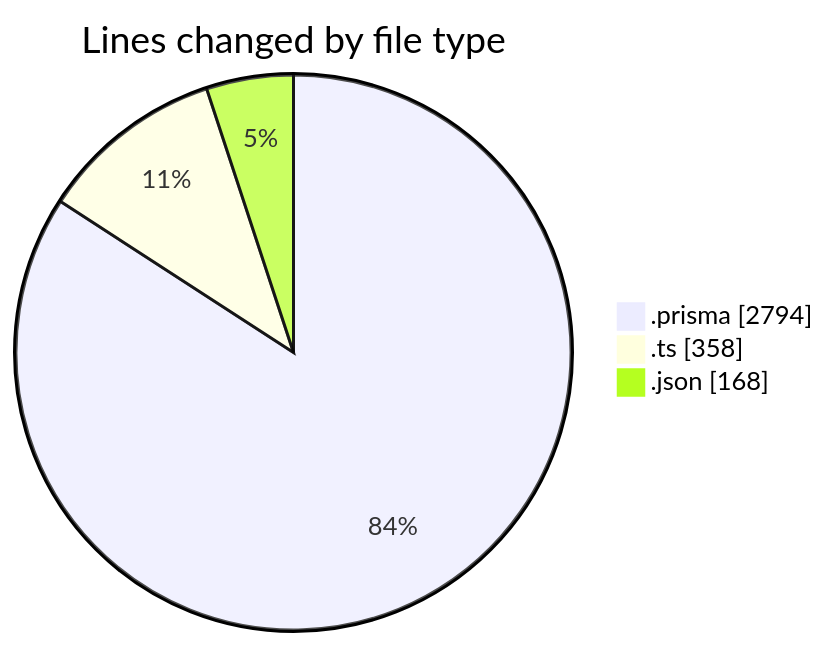
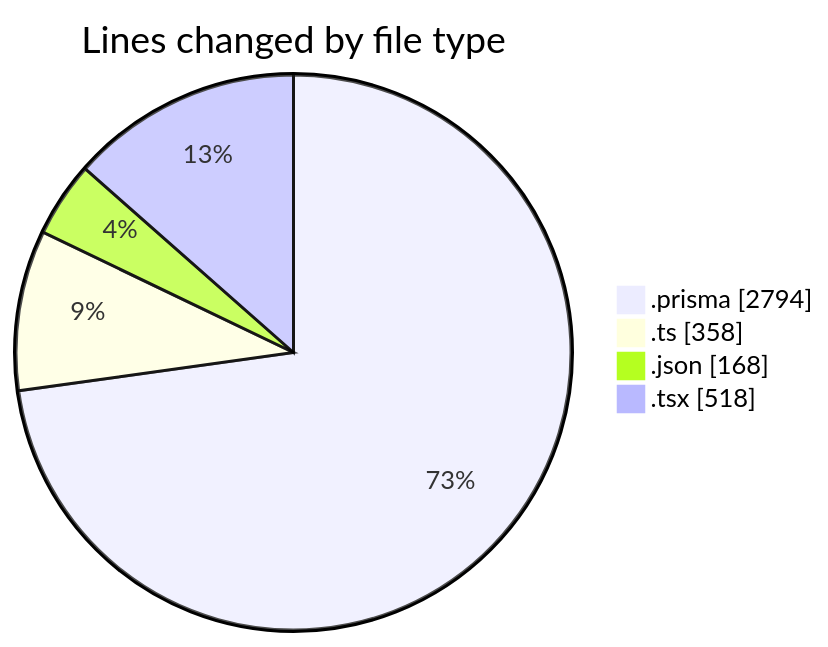
One commit to CELIANVF/code-tracking changed the first of 2 diagrams in 2025-05-01/ecodeli/README.md. Above: the diagram before and after it, drawn with Mermaid. The commit also changed other lines of this file and 1 other file, not shown here.

````diff
--- a/2025-05-01/ecodeli/README.md
+++ b/2025-05-01/ecodeli/README.md
@@ -23,7 +24,8 @@
 ```mermaid
 pie showData
 title Lines changed by file type
 ".prisma" : 2794
 ".ts" : 358
 ".json" : 168
+".tsx" : 518
 ```
````
